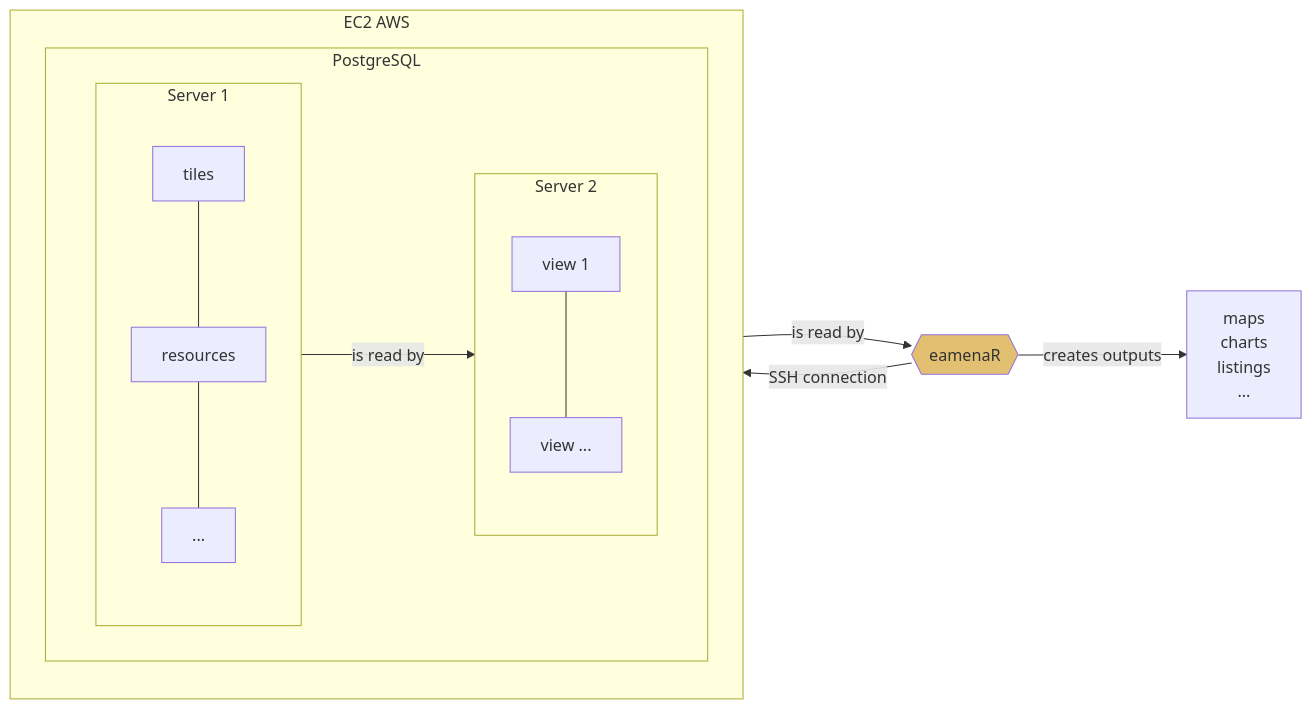
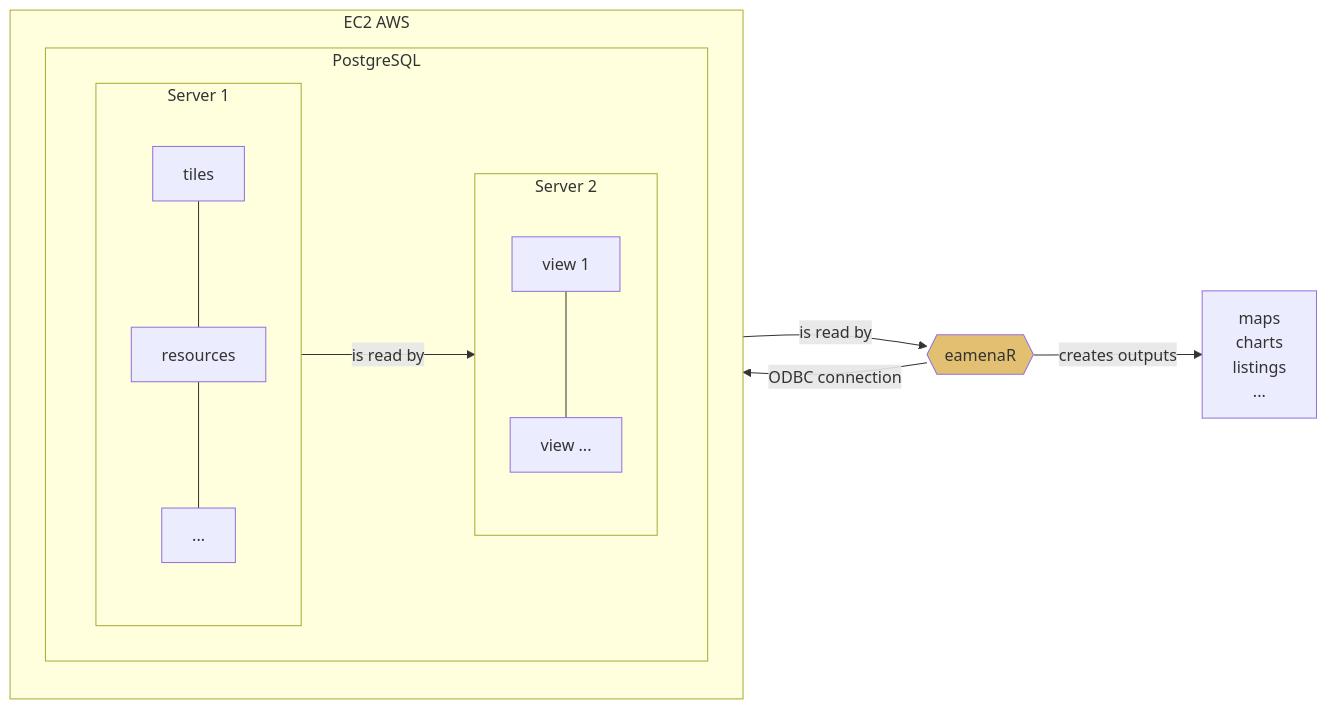
One commit to eamena-project/eamena-arches-dev changed the diagram in dev/README.md. Above: the diagram before and after it, drawn with Mermaid.

Commit message:
views diagram

````diff
--- a/dev/README.md
+++ b/dev/README.md
@@ -6,23 +6,23 @@
 ```mermaid
 flowchart LR
   subgraph EC2 [EC2 AWS]
     direction TB
     subgraph PostgreSQL
         direction LR
         subgraph DB [Server 1]
             direction TB
             A[tiles] --- B[resources]
             B --- Z[...]
         end
         subgraph VIEWS [Server 2]
             direction TB
             C[view 1] --- Y[view ...]
         end
     end
   end
   DB -- is read by --> VIEWS
   VIEWS -- is read by --> D{{eamenaR}}:::eamenaRpkg
-  D -- SSH connection --> VIEWS
+  D -- ODBC connection --> VIEWS
   D -- creates outputs --> E[maps<br>charts<br>listings<br>...]
   classDef eamenaRpkg fill:#e3c071
 ```
````
